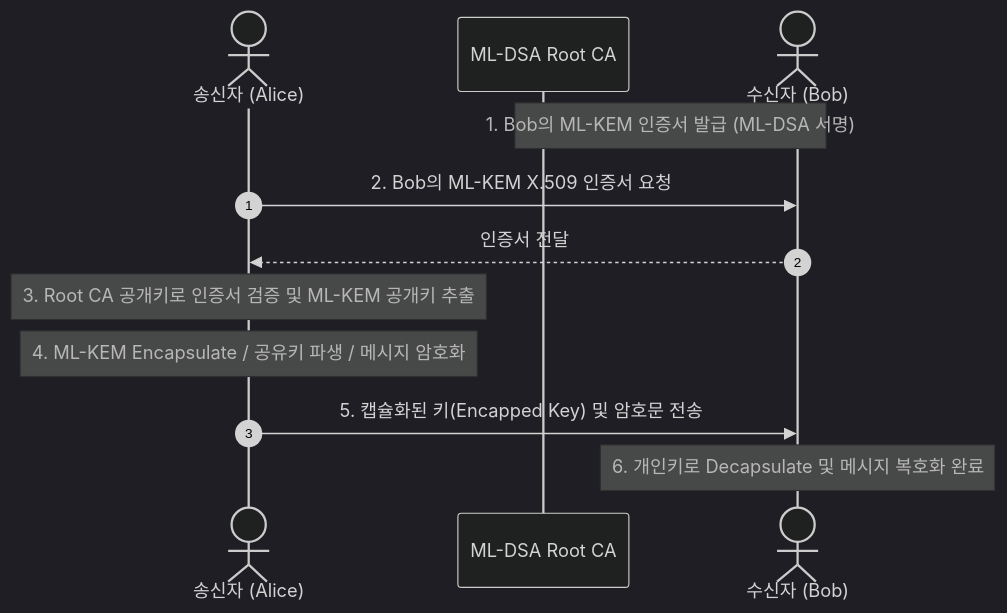
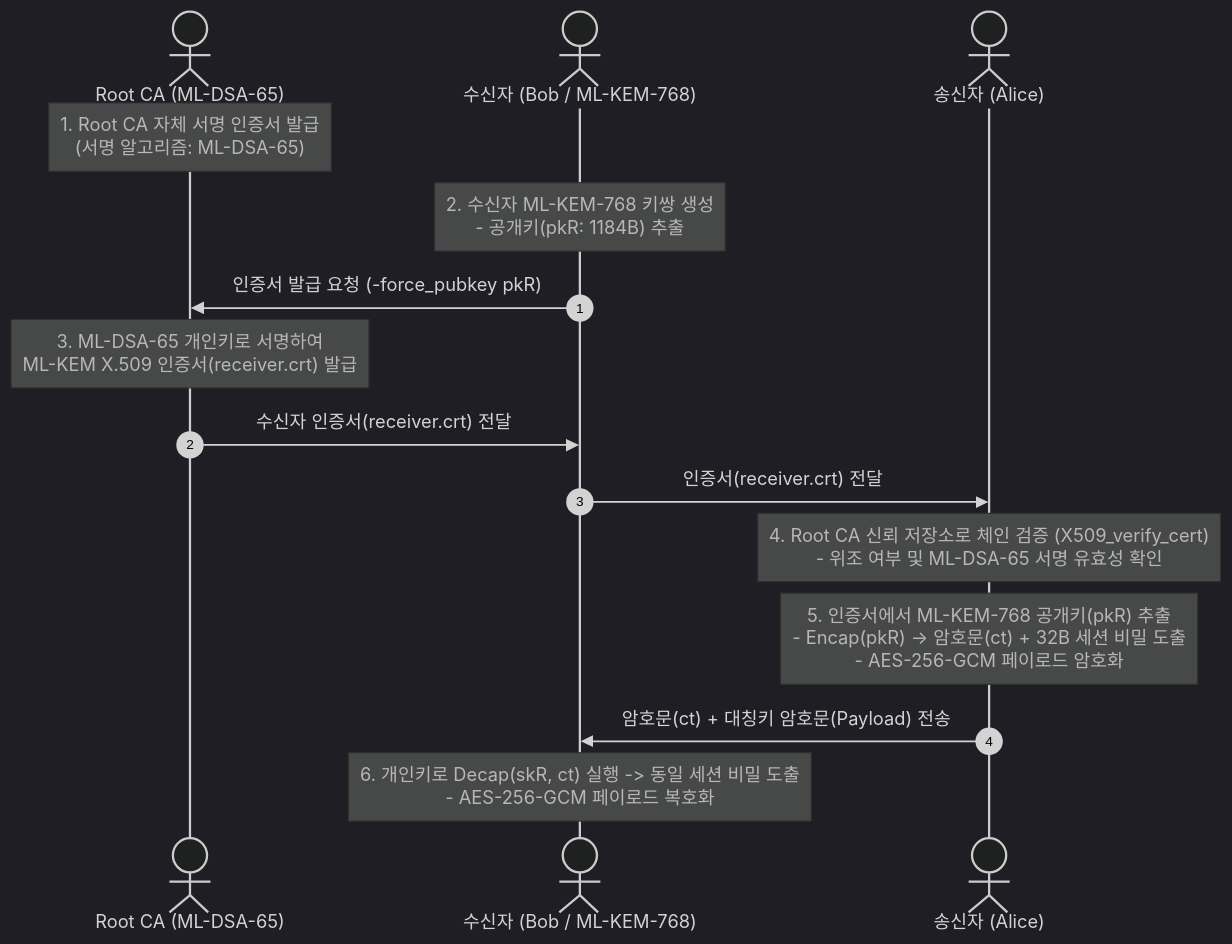
Before and after one commit to auking45/applied-pqc-lab: the first of 2 diagrams in docs/ko/04-pki-and-x509/index.md, drawn with Mermaid (dark theme). The commit also changed other lines of this file and 10 other files, not shown here.

````diff
--- a/docs/ko/04-pki-and-x509/index.md
+++ b/docs/ko/04-pki-and-x509/index.md
@@ -6,15 +10,19 @@
 ```mermaid
 sequenceDiagram
     autonumber
-    actor Alice as 송신자 (Alice)
-    participant PKI as ML-DSA Root CA
-    actor Bob as 수신자 (Bob)
+    actor CA as Root CA (ML-DSA-65)
+    actor Receiver as 수신자 (Bob / ML-KEM-768)
+    actor Sender as 송신자 (Alice)
 
-    Note over Bob,PKI: 1. Bob의 ML-KEM 인증서 발급 (ML-DSA 서명)
-    Alice->>Bob: 2. Bob의 ML-KEM X.509 인증서 요청
-    Bob-->>Alice: 인증서 전달
-    Note over Alice: 3. Root CA 공개키로 인증서 검증 및 ML-KEM 공개키 추출
-    Note over Alice: 4. ML-KEM Encapsulate / 공유키 파생 / 메시지 암호화
-    Alice->>Bob: 5. 캡슐화된 키(Encapped Key) 및 암호문 전송
-    Note over Bob: 6. 개인키로 Decapsulate 및 메시지 복호화 완료
+    Note over CA: 1. Root CA 자체 서명 인증서 발급<br>(서명 알고리즘: ML-DSA-65)
+    Note over Receiver: 2. 수신자 ML-KEM-768 키쌍 생성<br>- 공개키(pkR: 1184B) 추출
+    Receiver->>CA: 인증서 발급 요청 (-force_pubkey pkR)
+    Note over CA: 3. ML-DSA-65 개인키로 서명하여<br>ML-KEM X.509 인증서(receiver.crt) 발급
+    CA->>Receiver: 수신자 인증서(receiver.crt) 전달
+    
+    Receiver->>Sender: 인증서(receiver.crt) 전달
+    Note over Sender: 4. Root CA 신뢰 저장소로 체인 검증 (X509_verify_cert)<br>- 위조 여부 및 ML-DSA-65 서명 유효성 확인
+    Note over Sender: 5. 인증서에서 ML-KEM-768 공개키(pkR) 추출<br>- Encap(pkR) -> 암호문(ct) + 32B 세션 비밀 도출<br>- AES-256-GCM 페이로드 암호화
+    Sender->>Receiver: 암호문(ct) + 대칭키 암호문(Payload) 전송
+    Note over Receiver: 6. 개인키로 Decap(skR, ct) 실행 -> 동일 세션 비밀 도출<br>- AES-256-GCM 페이로드 복호화
 ```
````
